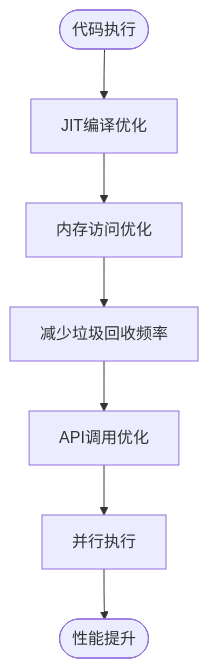
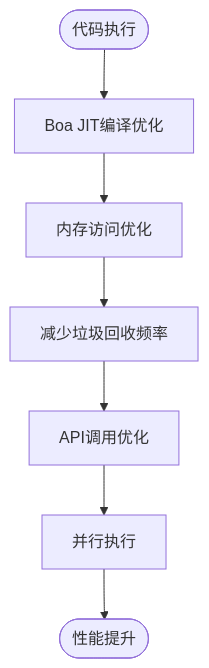
One commit to itszzl-sudo/iris changed diagram 11 of 11 in .qoder/repowiki/zh/content/技术架构详解/JS沙箱运行时.md. Above: the diagram before and after it, drawn with Mermaid. The commit also changed other lines of this file and 12 other files, not shown here.

````diff
--- a/.qoder/repowiki/zh/content/技术架构详解/JS沙箱运行时.md
+++ b/.qoder/repowiki/zh/content/技术架构详解/JS沙箱运行时.md
@@ -359,9 +385,9 @@
 ```mermaid
 flowchart TD
-Start([代码执行]) --> JITCompile["JIT编译优化"]
+Start([代码执行]) --> JITCompile["Boa JIT编译优化"]
 JITCompile --> MemoryOpt["内存访问优化"]
 MemoryOpt --> GCReduce["减少垃圾回收频率"]
 GCReduce --> APIOpt["API调用优化"]
 APIOpt --> ParallelExec["并行执行"]
 ParallelExec --> End([性能提升])
 ```
````
